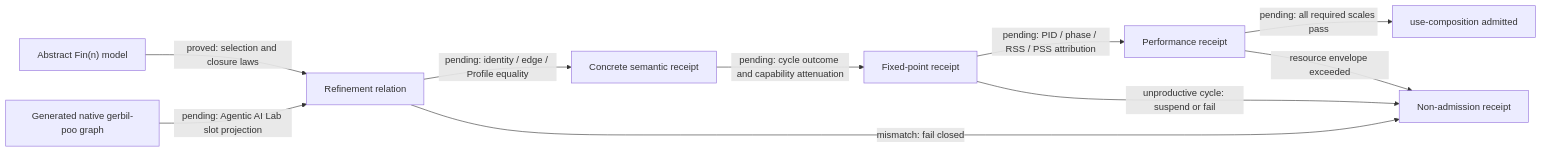
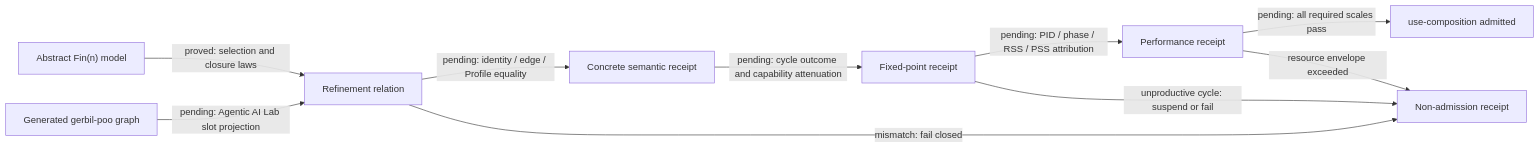
One commit to tao3k/gebril-yuanxu changed the third of 5 diagrams in module-system/design/45-113-gerbil-poo-scale-refinement-and-generated-graph-receipts.org. Above: the diagram before and after it, drawn with Mermaid. The commit also changed other lines of this file and 1469 other files, not shown here.

```diff
--- a/module-system/design/45-113-gerbil-poo-scale-refinement-and-generated-graph-receipts.org
+++ b/module-system/design/45-113-gerbil-poo-scale-refinement-and-generated-graph-receipts.org
@@ -525,12 +525,12 @@
 #+begin_src mermaid
 flowchart LR
   A["Abstract Fin(n) model"] -->|"proved: selection and closure laws"| R["Refinement relation"]
-  G["Generated native gerbil-poo graph"] -->|"pending: Agentic AI Lab slot projection"| R
+  G["Generated gerbil-poo graph"] -->|"pending: Agentic AI Lab slot projection"| R
   R -->|"pending: identity / edge / Profile equality"| C["Concrete semantic receipt"]
   C -->|"pending: cycle outcome and capability attenuation"| F["Fixed-point receipt"]
   F -->|"pending: PID / phase / RSS / PSS attribution"| P["Performance receipt"]
   P -->|"pending: all required scales pass"| U["use-composition admitted"]
   R -->|"mismatch: fail closed"| X["Non-admission receipt"]
   F -->|"unproductive cycle: suspend or fail"| X
   P -->|"resource envelope exceeded"| X
 #+end_src
```
